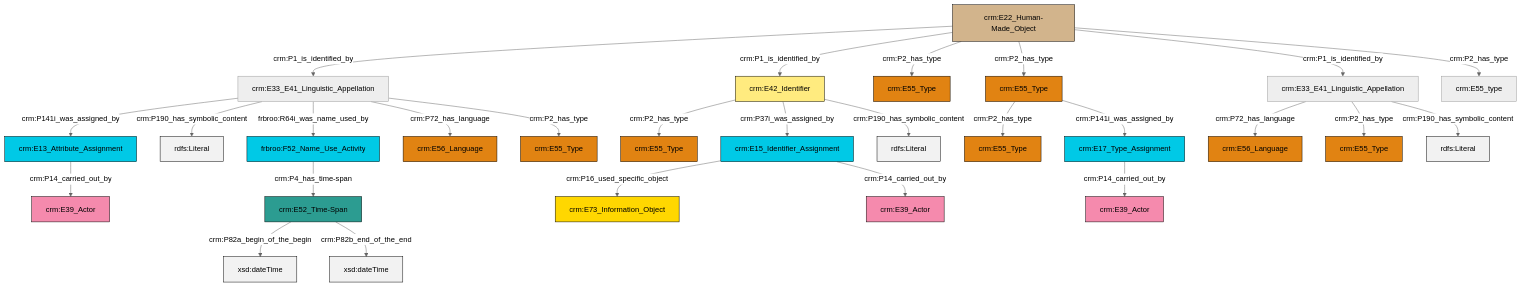
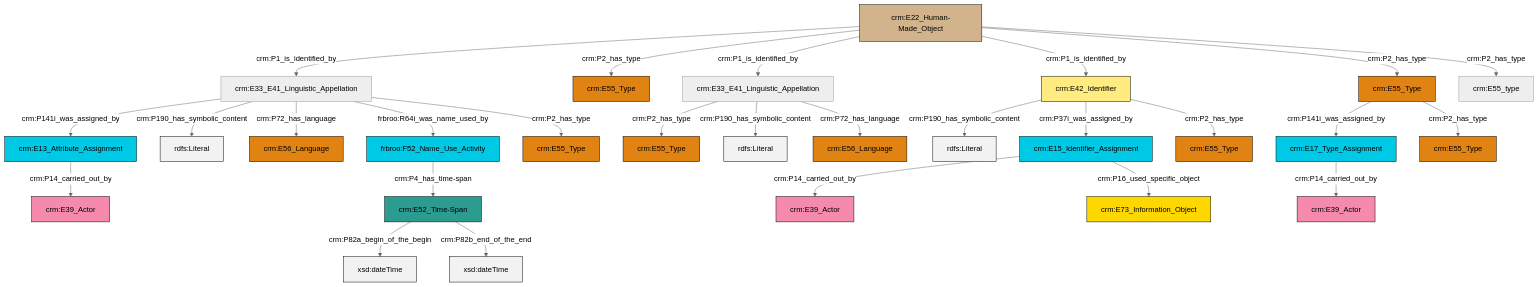
Before and after one commit to swiss-art-research-net/docs.swissartresearch: the diagram in et/builtWorkCSV/ttl/mmd/Built_Work_Names.ttl.mmd, drawn with Mermaid (neutral theme). The commit also changed 180 other files, not shown here.

```diff
--- a/et/builtWorkCSV/ttl/mmd/Built_Work_Names.ttl.mmd
+++ b/et/builtWorkCSV/ttl/mmd/Built_Work_Names.ttl.mmd
@@ -1,41 +1,41 @@
 graph TD
 classDef Literal fill:#f2f2f2,stroke:#000000;
 classDef CRM_Entity fill:#FFFFFF,stroke:#000000;
 classDef Temporal_Entity fill:#00C9E6, stroke:#000000;
 classDef Type fill:#E18312, stroke:#000000;
 classDef Time-Span fill:#2C9C91, stroke:#000000;
 classDef Appellation fill:#FFEB7F, stroke:#000000;
 classDef Place fill:#008836, stroke:#000000;
 classDef Persistent_Item fill:#B266B2, stroke:#000000;
 classDef Conceptual_Object fill:#FFD700, stroke:#000000;
 classDef Physical_Thing fill:#D2B48C, stroke:#000000;
 classDef Actor fill:#f58aad, stroke:#000000;
 classDef PC_Classes fill:#4ce600, stroke:#000000;
 classDef Multi fill:#cccccc,stroke:#000000;
 
-2["crm:E22_Human-Made_Object"]:::Physical_Thing -->|crm:P1_is_identified_by| 3["crm:E33_E41_Linguistic_Appellation"]:::Default
-4["crm:E55_Type"]:::Type -->|crm:P2_has_type| 5["crm:E55_Type"]:::Type
-2["crm:E22_Human-Made_Object"]:::Physical_Thing -->|crm:P1_is_identified_by| 8["crm:E42_Identifier"]:::Appellation
-9["crm:E15_Identifier_Assignment"]:::Temporal_Entity -->|crm:P16_used_specific_object| 10["crm:E73_Information_Object"]:::Conceptual_Object
-9["crm:E15_Identifier_Assignment"]:::Temporal_Entity -->|crm:P14_carried_out_by| 11["crm:E39_Actor"]:::Actor
-2["crm:E22_Human-Made_Object"]:::Physical_Thing -->|crm:P2_has_type| 12["crm:E55_Type"]:::Type
-2["crm:E22_Human-Made_Object"]:::Physical_Thing -->|crm:P2_has_type| 4["crm:E55_Type"]:::Type
-3["crm:E33_E41_Linguistic_Appellation"]:::Default -->|crm:P141i_was_assigned_by| 13["crm:E13_Attribute_Assignment"]:::Temporal_Entity
-4["crm:E55_Type"]:::Type -->|crm:P141i_was_assigned_by| 14["crm:E17_Type_Assignment"]:::Temporal_Entity
-19["crm:E52_Time-Span"]:::Time-Span -->|crm:P82a_begin_of_the_begin| 20[xsd:dateTime]:::Literal
-3["crm:E33_E41_Linguistic_Appellation"]:::Default -->|crm:P190_has_symbolic_content| 21[rdfs:Literal]:::Literal
-0["crm:E33_E41_Linguistic_Appellation"]:::Default -->|crm:P72_has_language| 24["crm:E56_Language"]:::Type
-8["crm:E42_Identifier"]:::Appellation -->|crm:P2_has_type| 17["crm:E55_Type"]:::Type
-19["crm:E52_Time-Span"]:::Time-Span -->|crm:P82b_end_of_the_end| 32[xsd:dateTime]:::Literal
-0["crm:E33_E41_Linguistic_Appellation"]:::Default -->|crm:P2_has_type| 6["crm:E55_Type"]:::Type
-34["frbroo:F52_Name_Use_Activity"]:::Temporal_Entity -->|crm:P4_has_time-span| 19["crm:E52_Time-Span"]:::Time-Span
-8["crm:E42_Identifier"]:::Appellation -->|crm:P37i_was_assigned_by| 9["crm:E15_Identifier_Assignment"]:::Temporal_Entity
-2["crm:E22_Human-Made_Object"]:::Physical_Thing -->|crm:P1_is_identified_by| 0["crm:E33_E41_Linguistic_Appellation"]:::Default
-0["crm:E33_E41_Linguistic_Appellation"]:::Default -->|crm:P190_has_symbolic_content| 44[rdfs:Literal]:::Literal
-13["crm:E13_Attribute_Assignment"]:::Temporal_Entity -->|crm:P14_carried_out_by| 35["crm:E39_Actor"]:::Actor
-14["crm:E17_Type_Assignment"]:::Temporal_Entity -->|crm:P14_carried_out_by| 29["crm:E39_Actor"]:::Actor
-3["crm:E33_E41_Linguistic_Appellation"]:::Default -->|frbroo:R64i_was_name_used_by| 34["frbroo:F52_Name_Use_Activity"]:::Temporal_Entity
-3["crm:E33_E41_Linguistic_Appellation"]:::Default -->|crm:P72_has_language| 22["crm:E56_Language"]:::Type
-8["crm:E42_Identifier"]:::Appellation -->|crm:P190_has_symbolic_content| 49[rdfs:Literal]:::Literal
-3["crm:E33_E41_Linguistic_Appellation"]:::Default -->|crm:P2_has_type| 40["crm:E55_Type"]:::Type
-2["crm:E22_Human-Made_Object"]:::Physical_Thing -->|crm:P2_has_type| 26["crm:E55_type"]:::Default
+0["crm:E15_Identifier_Assignment"]:::Temporal_Entity -->|crm:P14_carried_out_by| 1["crm:E39_Actor"]:::Actor
+3["crm:E22_Human-Made_Object"]:::Physical_Thing -->|crm:P1_is_identified_by| 4["crm:E33_E41_Linguistic_Appellation"]:::Default
+7["crm:E52_Time-Span"]:::Time-Span -->|crm:P82a_begin_of_the_begin| 8[xsd:dateTime]:::Literal
+11["crm:E33_E41_Linguistic_Appellation"]:::Default -->|crm:P2_has_type| 9["crm:E55_Type"]:::Type
+11["crm:E33_E41_Linguistic_Appellation"]:::Default -->|crm:P190_has_symbolic_content| 12[rdfs:Literal]:::Literal
+0["crm:E15_Identifier_Assignment"]:::Temporal_Entity -->|crm:P16_used_specific_object| 13["crm:E73_Information_Object"]:::Conceptual_Object
+4["crm:E33_E41_Linguistic_Appellation"]:::Default -->|crm:P141i_was_assigned_by| 18["crm:E13_Attribute_Assignment"]:::Temporal_Entity
+16["crm:E42_Identifier"]:::Appellation -->|crm:P190_has_symbolic_content| 19[rdfs:Literal]:::Literal
+3["crm:E22_Human-Made_Object"]:::Physical_Thing -->|crm:P2_has_type| 22["crm:E55_Type"]:::Type
+4["crm:E33_E41_Linguistic_Appellation"]:::Default -->|crm:P190_has_symbolic_content| 23[rdfs:Literal]:::Literal
+24["crm:E55_Type"]:::Type -->|crm:P141i_was_assigned_by| 25["crm:E17_Type_Assignment"]:::Temporal_Entity
+4["crm:E33_E41_Linguistic_Appellation"]:::Default -->|crm:P72_has_language| 26["crm:E56_Language"]:::Type
+24["crm:E55_Type"]:::Type -->|crm:P2_has_type| 29["crm:E55_Type"]:::Type
+18["crm:E13_Attribute_Assignment"]:::Temporal_Entity -->|crm:P14_carried_out_by| 35["crm:E39_Actor"]:::Actor
+3["crm:E22_Human-Made_Object"]:::Physical_Thing -->|crm:P1_is_identified_by| 11["crm:E33_E41_Linguistic_Appellation"]:::Default
+7["crm:E52_Time-Span"]:::Time-Span -->|crm:P82b_end_of_the_end| 39[xsd:dateTime]:::Literal
+16["crm:E42_Identifier"]:::Appellation -->|crm:P37i_was_assigned_by| 0["crm:E15_Identifier_Assignment"]:::Temporal_Entity
+3["crm:E22_Human-Made_Object"]:::Physical_Thing -->|crm:P1_is_identified_by| 16["crm:E42_Identifier"]:::Appellation
+4["crm:E33_E41_Linguistic_Appellation"]:::Default -->|frbroo:R64i_was_name_used_by| 20["frbroo:F52_Name_Use_Activity"]:::Temporal_Entity
+16["crm:E42_Identifier"]:::Appellation -->|crm:P2_has_type| 14["crm:E55_Type"]:::Type
+20["frbroo:F52_Name_Use_Activity"]:::Temporal_Entity -->|crm:P4_has_time-span| 7["crm:E52_Time-Span"]:::Time-Span
+3["crm:E22_Human-Made_Object"]:::Physical_Thing -->|crm:P2_has_type| 24["crm:E55_Type"]:::Type
+4["crm:E33_E41_Linguistic_Appellation"]:::Default -->|crm:P2_has_type| 30["crm:E55_Type"]:::Type
+3["crm:E22_Human-Made_Object"]:::Physical_Thing -->|crm:P2_has_type| 36["crm:E55_type"]:::Default
+25["crm:E17_Type_Assignment"]:::Temporal_Entity -->|crm:P14_carried_out_by| 42["crm:E39_Actor"]:::Actor
+11["crm:E33_E41_Linguistic_Appellation"]:::Default -->|crm:P72_has_language| 27["crm:E56_Language"]:::Type
```
